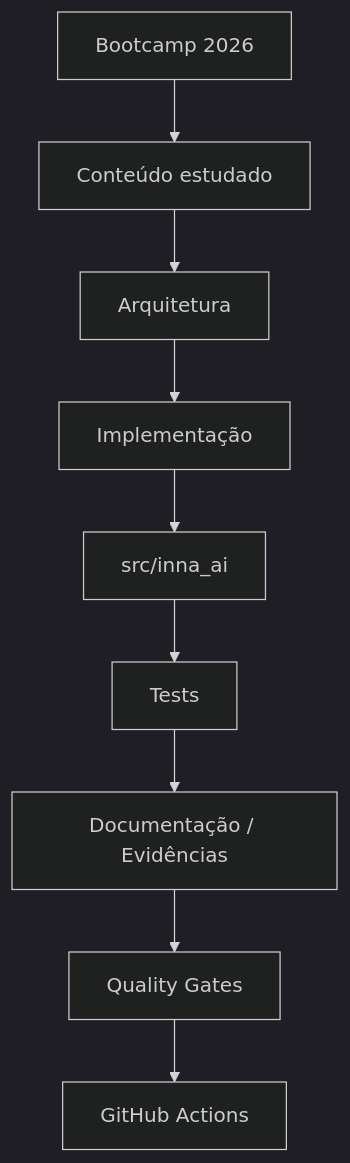
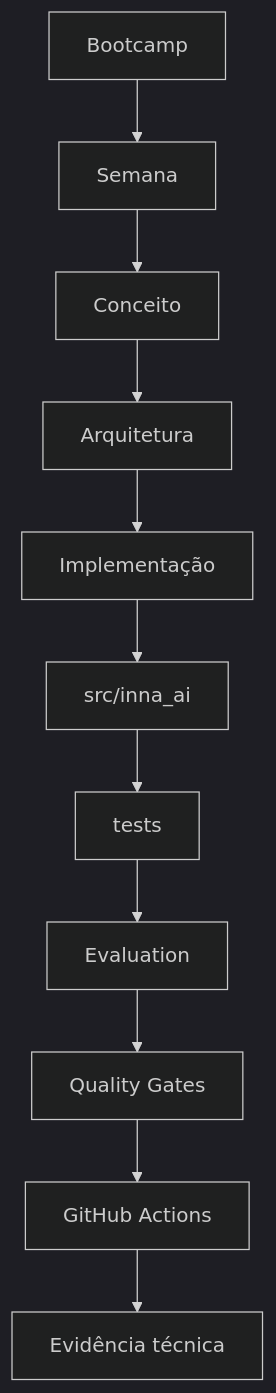
Before and after one commit to Rogerio5/INNA-AI-Engineering-Portfolio: diagram 24 of 26 in README.md, drawn with Mermaid (dark theme). The commit also changed other lines of this file, not shown here.

````diff
--- a/README.md
+++ b/README.md
@@ -863,21 +1207,25 @@
 ```mermaid
 flowchart TD
 
-    BOOTCAMP[Bootcamp 2026]
+    BOOT[Bootcamp]
 
-    BOOTCAMP --> CONTENT[Conteúdo estudado]
+    BOOT --> WEEK[Semana]
 
-    CONTENT --> ARCH[Arquitetura]
+    WEEK --> CONCEPT[Conceito]
+
+    CONCEPT --> ARCH[Arquitetura]
 
     ARCH --> CODE[Implementação]
 
     CODE --> SRC[src/inna_ai]
 
-    SRC --> TESTS[Tests]
+    SRC --> TESTS[tests]
 
-    TESTS --> DOCS[Documentação / Evidências]
+    TESTS --> EVAL[Evaluation]
 
-    DOCS --> QUALITY[Quality Gates]
+    EVAL --> GATE[Quality Gates]
 
-    QUALITY --> CI[GitHub Actions]
+    GATE --> CI[GitHub Actions]
+
+    CI --> EVIDENCE[Evidência técnica]
 ```
````
